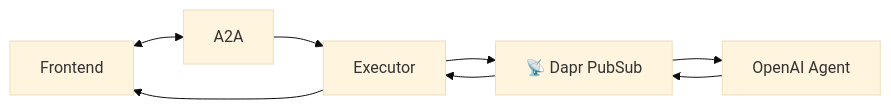
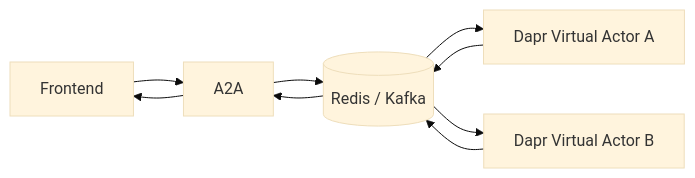
One commit to mjunaidca/infinite-agent-streams changed the third of 5 diagrams in readme.md. Above: the diagram before and after it, drawn with Mermaid (base theme). The commit also changed other lines of this file, not shown here.

````diff
--- a/readme.md
+++ b/readme.md
@@ -39,8 +84,10 @@
 ```mermaid
 flowchart LR
-  FE[Frontend] <--> A2A
-  A2A --> Executor
-  Executor --> DaprPubSub[📡 Dapr PubSub]
-  DaprPubSub --> OpenAI[OpenAI Agent]
-  OpenAI --> DaprPubSub --> Executor --> FE
+  FE[Frontend] --> A2A
+  A2A --> PubSub[(Redis / Kafka)]
+  PubSub --> Actor1[Dapr Virtual Actor A]
+  PubSub --> Actor2[Dapr Virtual Actor B]
+  Actor1 --> PubSub
+  Actor2 --> PubSub
+  PubSub --> A2A --> FE
 ```
````
